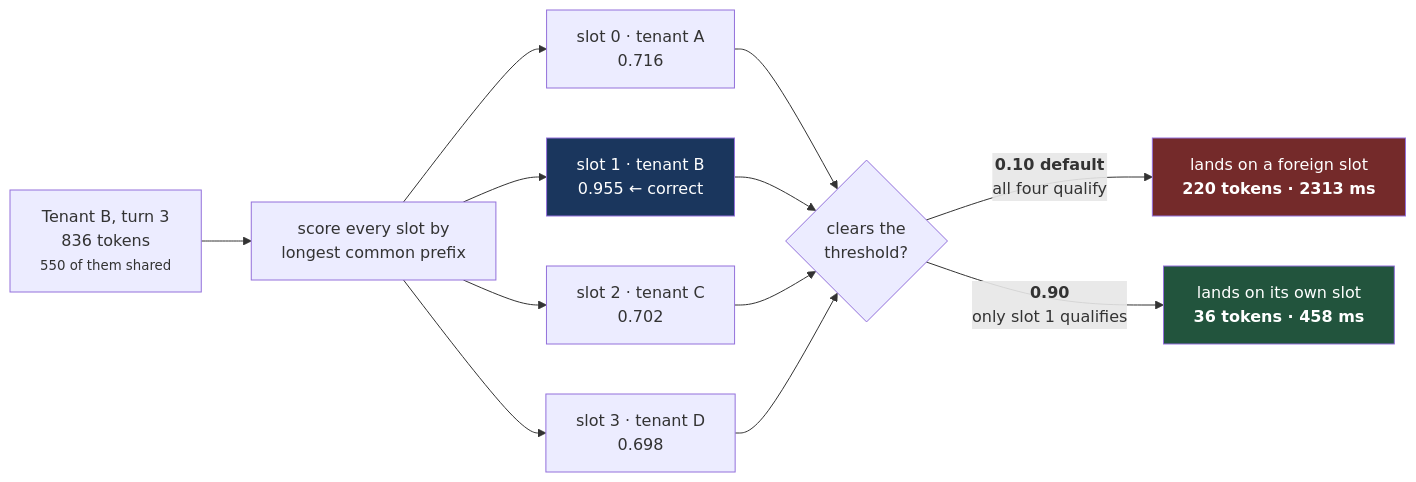
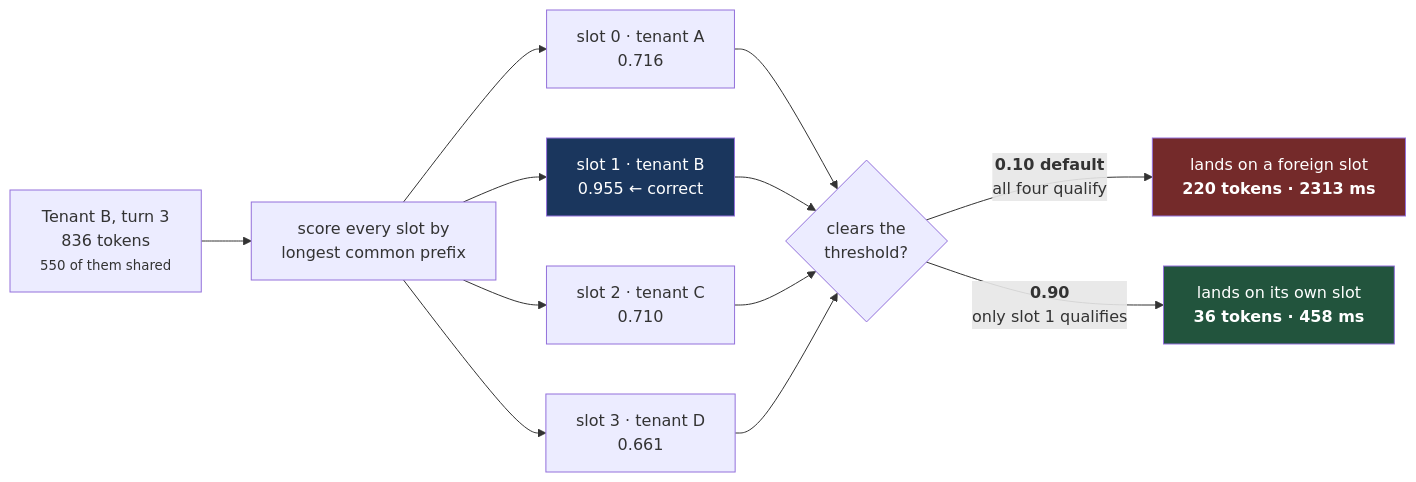
The second of 29 diagrams in README.md (Unknown1502/neoverse-tune), drawn with Mermaid before and after one commit. The commit also changed 1 other file, not shown here.

````diff
--- a/README.md
+++ b/README.md
@@ -306,18 +306,18 @@
 ```mermaid
 flowchart LR
     req["Tenant B, turn 3<br/>836 tokens<br/><small>550 of them shared</small>"] --> score["score every slot by<br/>longest common prefix"]
     score --> s0["slot 0 · tenant A<br/>0.716"]
     score --> s1["slot 1 · tenant B<br/>0.955 ← correct"]
-    score --> s2["slot 2 · tenant C<br/>0.702"]
-    score --> s3["slot 3 · tenant D<br/>0.698"]
+    score --> s2["slot 2 · tenant C<br/>0.710"]
+    score --> s3["slot 3 · tenant D<br/>0.661"]
     s0 --> gate{"clears the<br/>threshold?"}
     s1 --> gate
     s2 --> gate
     s3 --> gate
     gate -->|"<b>0.10 default</b><br/>all four qualify"| bad["lands on a foreign slot<br/><b>220 tokens · 2313 ms</b>"]
     gate -->|"<b>0.90</b><br/>only slot 1 qualifies"| good["lands on its own slot<br/><b>36 tokens · 458 ms</b>"]
 
     style s1 fill:#1a365d,color:#fff
     style bad fill:#742a2a,color:#fff
     style good fill:#22543d,color:#fff
 ```
````
